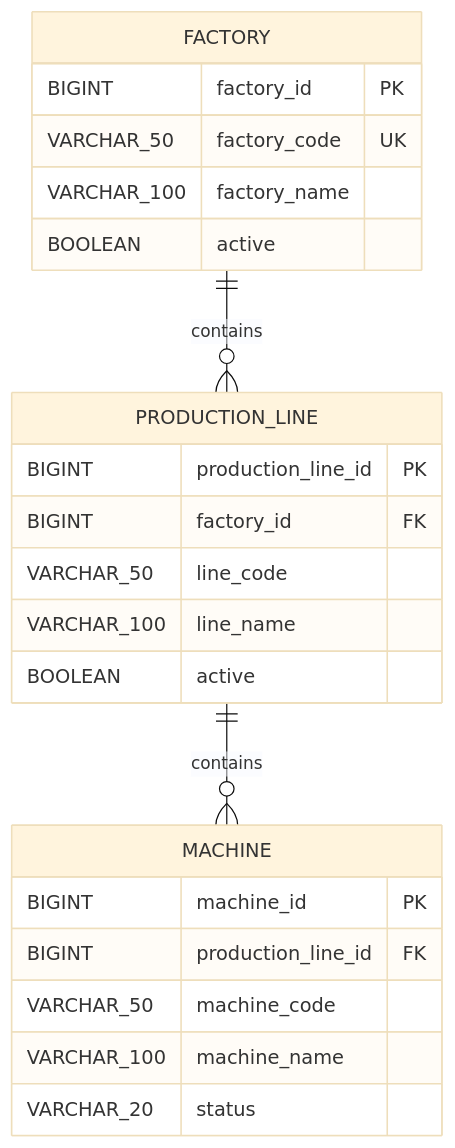
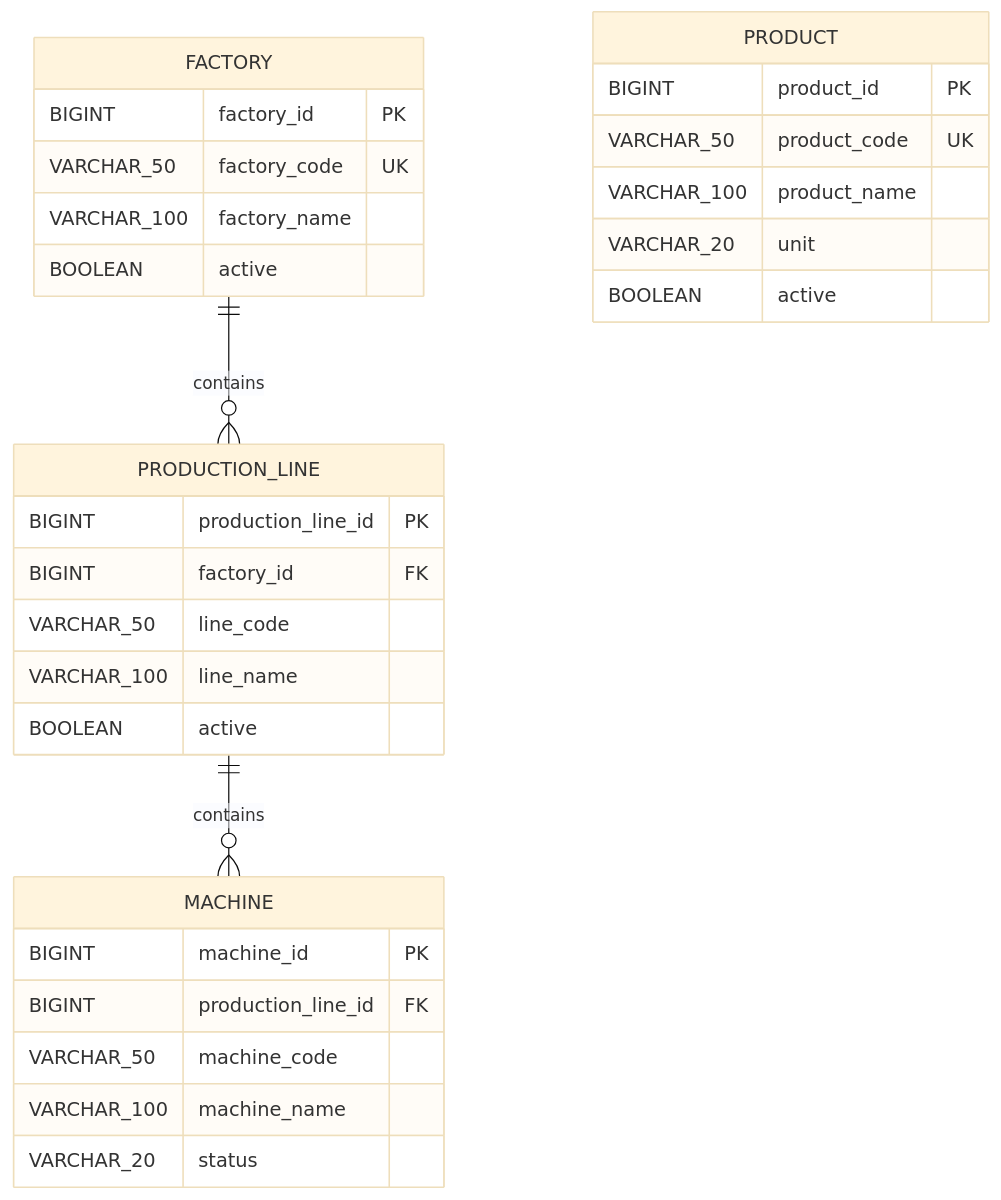
Before and after one commit to Juglee0527/aps-engine: the diagram in docs/03-erd.md, drawn with Mermaid (base theme). The commit also changed other lines of this file and 18 other files, not shown here.

````diff
--- a/docs/03-erd.md
+++ b/docs/03-erd.md
@@ -5,25 +5,32 @@
 ```mermaid
 erDiagram
     FACTORY {
         BIGINT factory_id PK
         VARCHAR_50 factory_code UK
         VARCHAR_100 factory_name
         BOOLEAN active
     }
     PRODUCTION_LINE {
         BIGINT production_line_id PK
         BIGINT factory_id FK
         VARCHAR_50 line_code
         VARCHAR_100 line_name
         BOOLEAN active
     }
     MACHINE {
         BIGINT machine_id PK
         BIGINT production_line_id FK
         VARCHAR_50 machine_code
         VARCHAR_100 machine_name
         VARCHAR_20 status
     }
+    PRODUCT {
+        BIGINT product_id PK
+        VARCHAR_50 product_code UK
+        VARCHAR_100 product_name
+        VARCHAR_20 unit
+        BOOLEAN active
+    }
     FACTORY ||--o{ PRODUCTION_LINE : contains
     PRODUCTION_LINE ||--o{ MACHINE : contains
 ```
````
